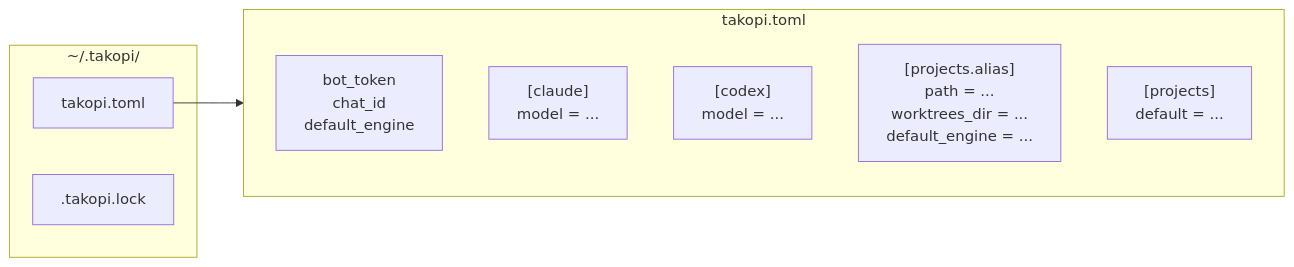
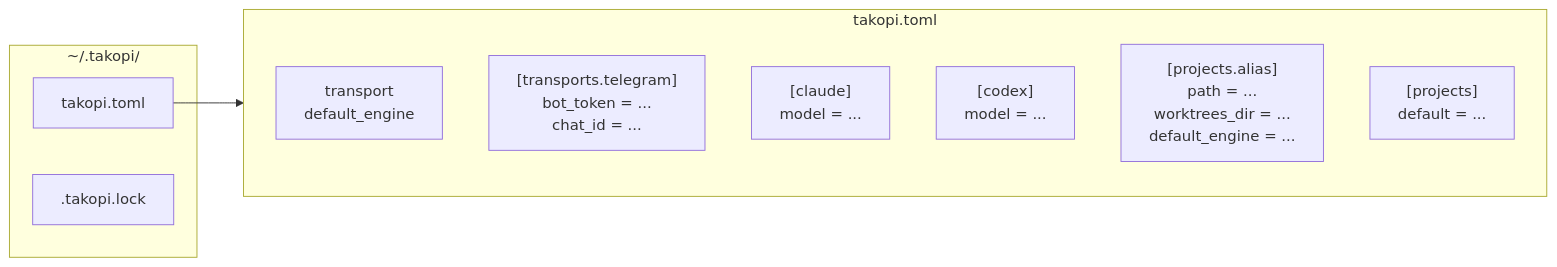
One commit to p0s/takopi changed the seventh of 8 diagrams in docs/architecture.md. Above: the diagram before and after it, drawn with Mermaid. The commit also changed 17 other files, not shown here.

````diff
--- a/docs/architecture.md
+++ b/docs/architecture.md
@@ -268,18 +268,19 @@
 ```mermaid
 flowchart LR
     subgraph Config["~/.takopi/"]
         toml[takopi.toml]
         lock[.takopi.lock]
     end
 
     subgraph toml_contents["takopi.toml"]
         direction TB
-        global["bot_token<br/>chat_id<br/>default_engine"]
+        global["transport<br/>default_engine"]
+        telegram_cfg["[transports.telegram]<br/>bot_token = ...<br/>chat_id = ..."]
         claude_cfg["[claude]<br/>model = ..."]
         codex_cfg["[codex]<br/>model = ..."]
         projects_cfg["[projects.alias]<br/>path = ...<br/>worktrees_dir = ...<br/>default_engine = ..."]
         default_proj["[projects]<br/>default = ..."]
     end
 
     toml --> toml_contents
 ```
````
